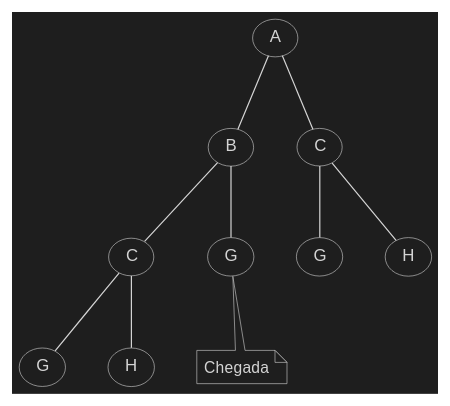
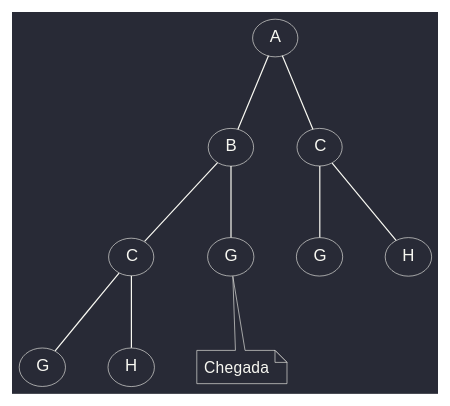
The third of 5 diagrams in 2ndYear/1stSemester/IIA/Summary.md (TheForgottened/apontamentos-lei), drawn with PlantUML before and after one commit. The commit also changed other lines of this file and 24 other files, not shown here.

````diff
--- a/2ndYear/1stSemester/IIA/Summary.md
+++ b/2ndYear/1stSemester/IIA/Summary.md
@@ -101,46 +101,46 @@
 ```plantuml
 @startuml
 skinparam shadowing false
-skinparam backgroundColor #1E1E1E
-skinparam DefaultFontColor #d4d4d4
+skinparam backgroundColor #282a36
+skinparam DefaultFontColor #f8f8f2
 
 skinparam defaultFontName sans-serif
 skinparam classFontSize 14
 
 skinparam usecase {
-    BackgroundColor #1E1E1E
-    BorderColor #d4d4d4
-    ArrowColor #d4d4d4
+    BackgroundColor #282a36
+    BorderColor #f8f8f2
+    ArrowColor #f8f8f2
 }
 
 skinparam note {
-    BackgroundColor #1E1E1E
-    BorderColor #d4d4d4
+    BackgroundColor #282a36
+    BorderColor #f8f8f2
 }
 
 (A) as A
 (B) as B
 (C) as C1
 (C) as C2
 (G) as G1
 (G) as G2
 (G) as G3
 (H) as H1
 (H) as H2
 A -- B
 A -- C1
 
 B -- C2
 B -- G1
 
 C1 -- G2
 C1 -- H1
 
 C2 -- G3
 C2 -- H2
 
 note bottom of (G1)
   Chegada
 end note
 @enduml
 ```
````
